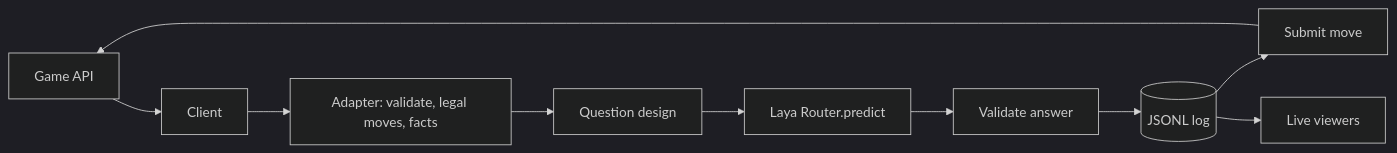
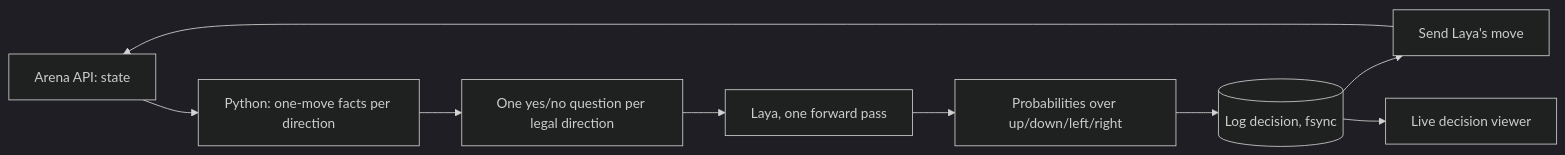
The diagram in README.md (Anexus5919/codeyatri-laya), drawn with Mermaid (dark theme) before and after one commit. The commit also changed other lines of this file, not shown here.

Commit message:
docs(readme): describe the arena bot, results and fine-tuning

````diff
--- a/README.md
+++ b/README.md
@@ -24,8 +18,10 @@
 ```mermaid
 flowchart LR
-    API[Game API] --> C[Client] --> A[Adapter: validate, legal moves, facts]
-    A --> Q[Question design] --> L[Laya Router.predict]
-    L --> V[Validate answer] --> LOG[(JSONL log)]
-    LOG --> S[Submit move] --> API
-    LOG --> VW[Live viewers]
+    A[Arena API: state] --> F[Python: one-move facts per direction]
+    F --> Q[One yes/no question per legal direction]
+    Q --> L[Laya, one forward pass]
+    L --> P[Probabilities over up/down/left/right]
+    P --> G[(Log decision, fsync)]
+    G --> S[Send Laya's move] --> A
+    G --> V[Live decision viewer]
 ```
````
